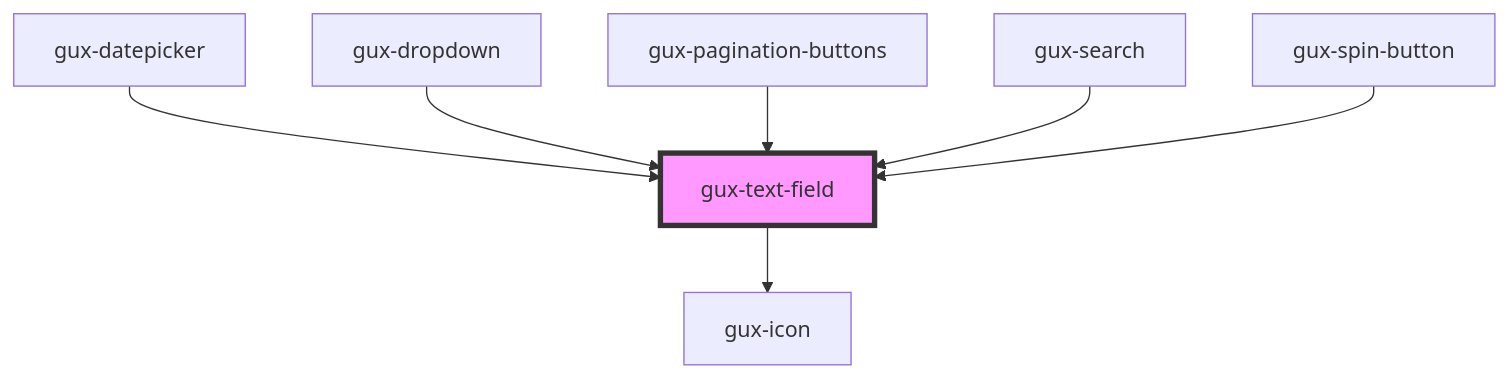
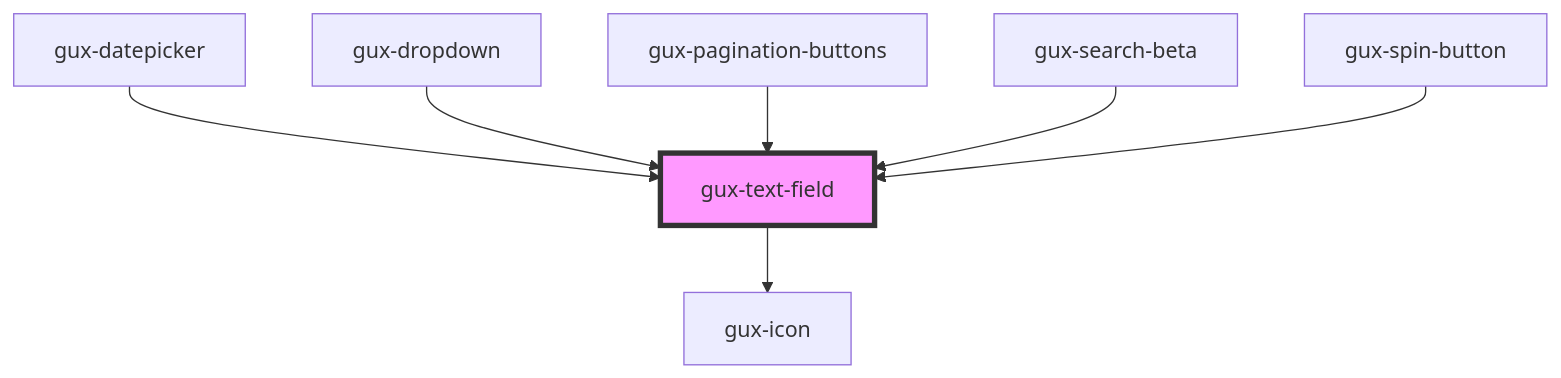
Before and after one commit to MyPureCloud/genesys-spark: the diagram in src/components/stable/gux-text-field/readme.md, drawn with Mermaid. The commit also changed other lines of this file and 93 other files, not shown here.

````diff
--- a/src/components/stable/gux-text-field/readme.md
+++ b/src/components/stable/gux-text-field/readme.md
@@ -90,10 +90,10 @@
 ```mermaid
 graph TD;
   gux-text-field --> gux-icon
   gux-datepicker --> gux-text-field
   gux-dropdown --> gux-text-field
   gux-pagination-buttons --> gux-text-field
-  gux-search --> gux-text-field
+  gux-search-beta --> gux-text-field
   gux-spin-button --> gux-text-field
   style gux-text-field fill:#f9f,stroke:#333,stroke-width:4px
 ```
````
